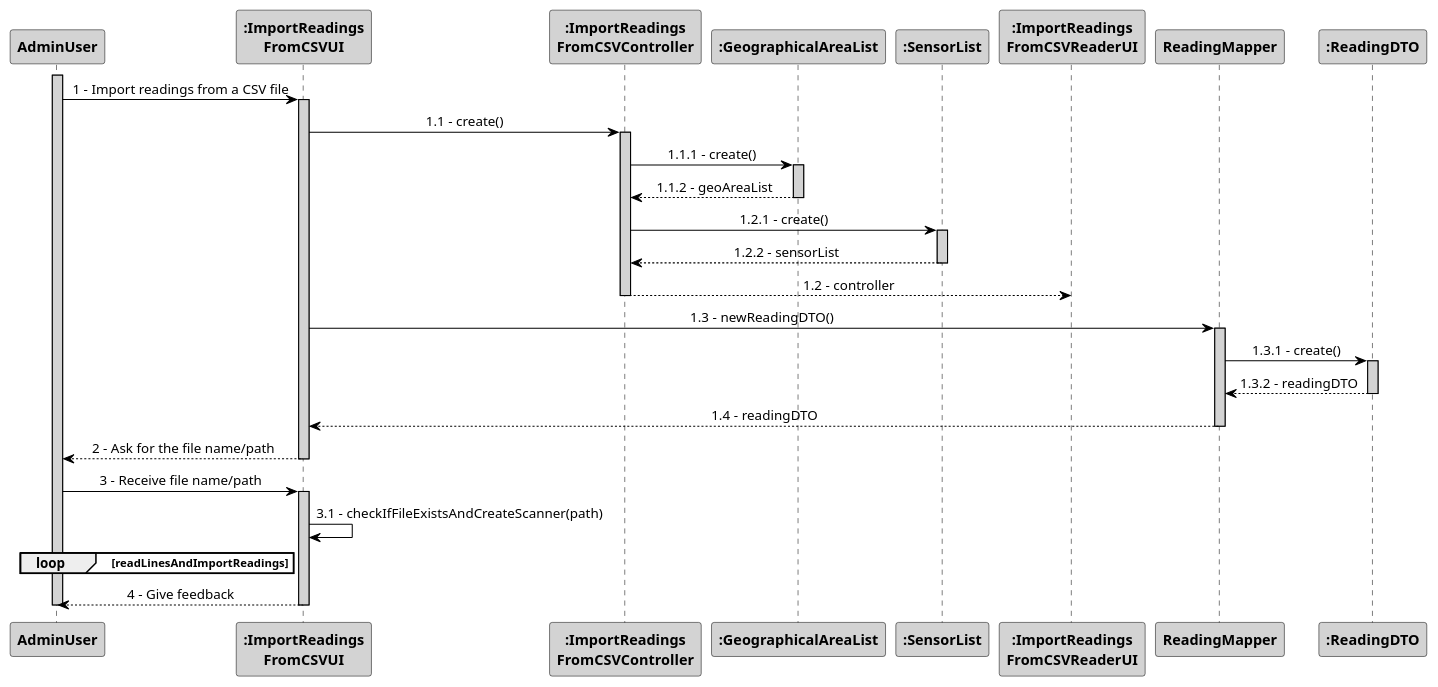
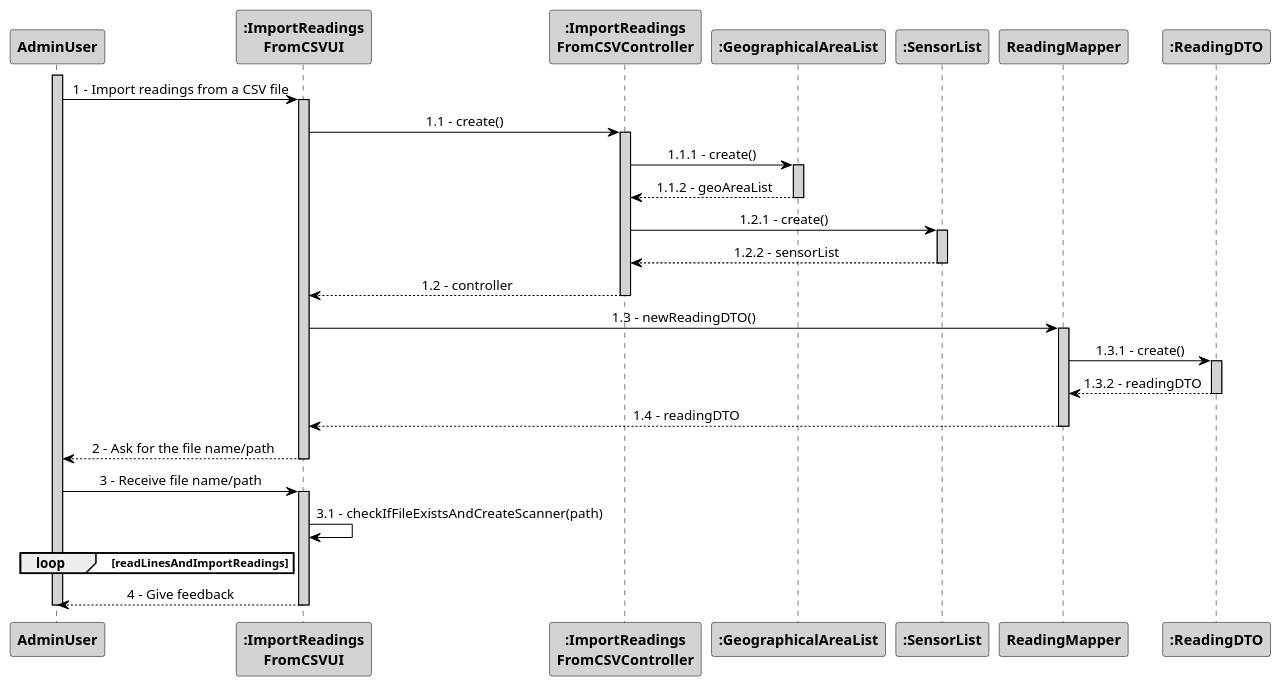
The diagram in src/main/java/pt/ipp/isep/dei/project/controllers/importreadingsfromcsvcontroller/SD_ImportReadingsFromCSVReader.puml (1181687/hateoasToy), drawn with PlantUML before and after one commit.

Commit message:
Fixes #128 - Changes in the Sequence Diagram.

```diff
--- a/src/main/java/pt/ipp/isep/dei/project/controllers/importreadingsfromcsvcontroller/SD_ImportReadingsFromCSVReader.puml
+++ b/src/main/java/pt/ipp/isep/dei/project/controllers/importreadingsfromcsvcontroller/SD_ImportReadingsFromCSVReader.puml
@@ -1,60 +1,60 @@
 @startuml
 skinparam sequenceMessageAlign center
 skinparam sequence {
 	ArrowColor Black
 	ActorBorderColor DarkBlue
 	LifeLineBorderColor black
 	LifeLineBackgroundColor LightGrey
 
 	ParticipantBorderColor Black
 	ParticipantBackgroundColor LightGrey
 	ParticipantFontStyle Bold
 
 	ActorBackgroundColor DimGrey
 	ActorFontColor DeepSkyBlue
 	ActorFontStyle Bold
 	ActorFontSize 17
 	ActorFontName Aapex
 }
 
 activate AdminUser
 actor AdminUser
 
 AdminUser -> ":ImportReadings\nFromCSVUI":1 - Import readings from a CSV file
 activate ":ImportReadings\nFromCSVUI"
 ":ImportReadings\nFromCSVUI" -> ":ImportReadings\nFromCSVController": 1.1 - create()
 activate ":ImportReadings\nFromCSVController"
 ":ImportReadings\nFromCSVController" -> ":GeographicalAreaList": 1.1.1 - create()
 activate ":GeographicalAreaList"
 ":GeographicalAreaList" --> ":ImportReadings\nFromCSVController": 1.1.2 - geoAreaList
 deactivate ":GeographicalAreaList"
 ":ImportReadings\nFromCSVController" -> ":SensorList": 1.2.1 - create()
 activate ":SensorList"
 ":SensorList" --> ":ImportReadings\nFromCSVController": 1.2.2 - sensorList
 deactivate ":SensorList"
-":ImportReadings\nFromCSVController" --> ":ImportReadings\nFromCSVReaderUI": 1.2 - controller
+":ImportReadings\nFromCSVController" --> ":ImportReadings\nFromCSVUI": 1.2 - controller
 deactivate ":ImportReadings\nFromCSVController"
 ":ImportReadings\nFromCSVUI" -> ReadingMapper: 1.3 - newReadingDTO()
 activate ReadingMapper
 
 ReadingMapper -> ":ReadingDTO": 1.3.1 - create()
 activate ":ReadingDTO"
 ":ReadingDTO" --> ReadingMapper: 1.3.2 - readingDTO
 deactivate ":ReadingDTO"
 ReadingMapper --> ":ImportReadings\nFromCSVUI": 1.4 - readingDTO
 deactivate ReadingMapper
 ":ImportReadings\nFromCSVUI" --> AdminUser: 2 - Ask for the file name/path
 deactivate ":ImportReadings\nFromCSVUI"
 AdminUser -> ":ImportReadings\nFromCSVUI": 3 - Receive file name/path
 activate ":ImportReadings\nFromCSVUI"
 ":ImportReadings\nFromCSVUI" -> ":ImportReadings\nFromCSVUI": 3.1 - checkIfFileExistsAndCreateScanner(path)
 loop readLinesAndImportReadings
 end loop
 ":ImportReadings\nFromCSVUI" --> AdminUser: 4 - Give feedback
 deactivate
 
 
 
 deactivate AdminUser
 
 @enduml
```
